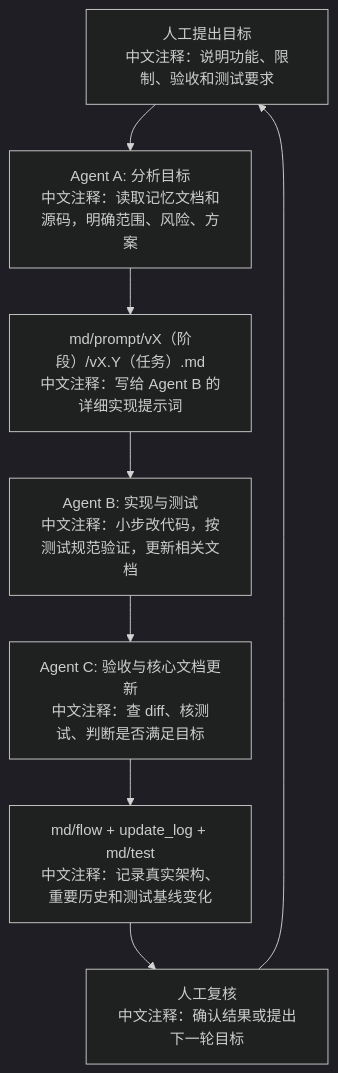
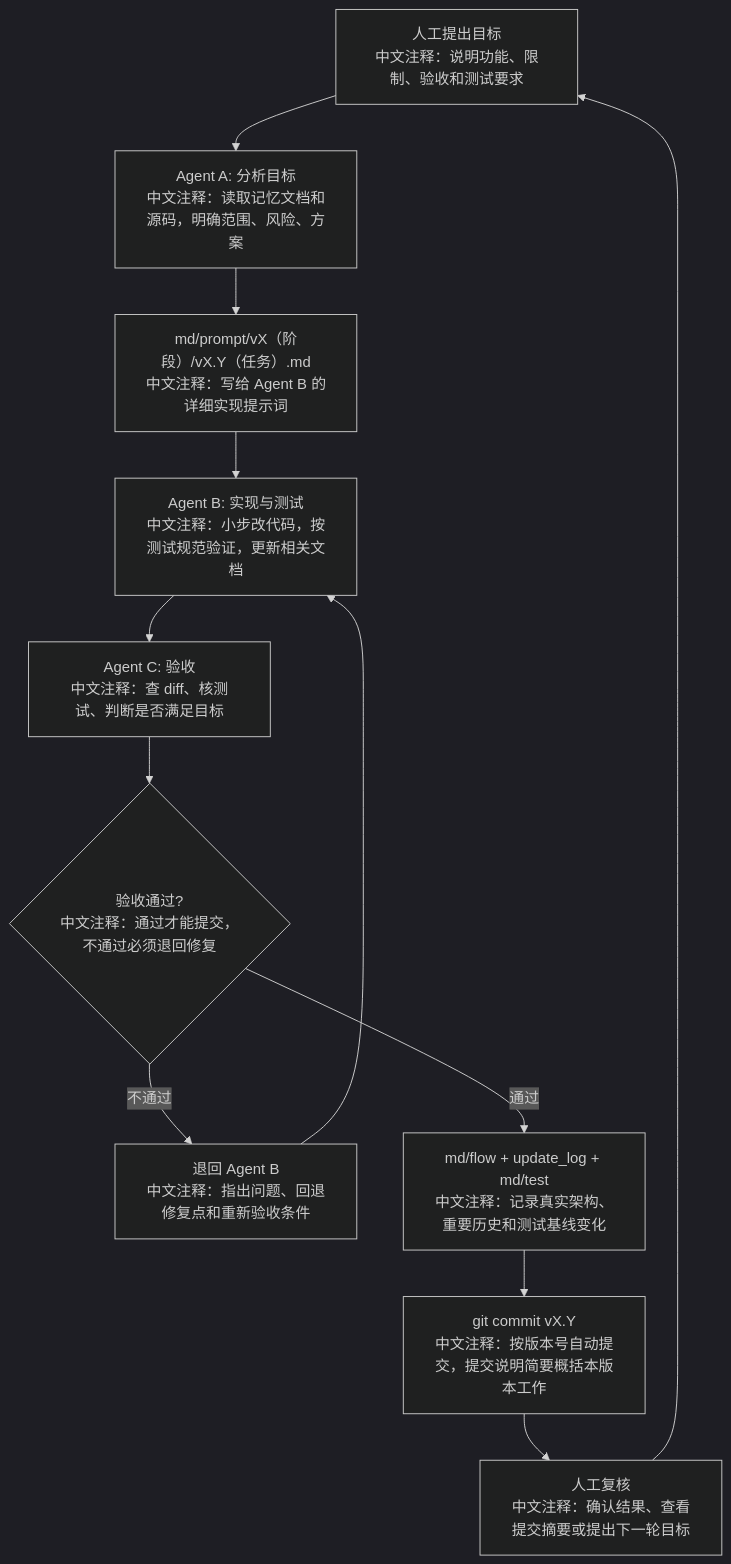
The third of 3 diagrams in md/flow/flowchart.md (Altman-sam114/120), drawn with Mermaid (dark theme) before and after one commit. The commit also changed other lines of this file and 3 other files, not shown here.

````diff
--- a/md/flow/flowchart.md
+++ b/md/flow/flowchart.md
@@ -52,10 +52,14 @@
 ```mermaid
 flowchart TD
   H["人工提出目标<br/>中文注释：说明功能、限制、验收和测试要求"] --> A1["Agent A: 分析目标<br/>中文注释：读取记忆文档和源码，明确范围、风险、方案"]
   A1 --> P["md/prompt/vX（阶段）/vX.Y（任务）.md<br/>中文注释：写给 Agent B 的详细实现提示词"]
   P --> B1["Agent B: 实现与测试<br/>中文注释：小步改代码，按测试规范验证，更新相关文档"]
-  B1 --> C1["Agent C: 验收与核心文档更新<br/>中文注释：查 diff、核测试、判断是否满足目标"]
-  C1 --> F["md/flow + update_log + md/test<br/>中文注释：记录真实架构、重要历史和测试基线变化"]
-  F --> H2["人工复核<br/>中文注释：确认结果或提出下一轮目标"]
+  B1 --> C1["Agent C: 验收<br/>中文注释：查 diff、核测试、判断是否满足目标"]
+  C1 --> D1{"验收通过?<br/>中文注释：通过才能提交，不通过必须退回修复"}
+  D1 -- "不通过" --> B2["退回 Agent B<br/>中文注释：指出问题、回退修复点和重新验收条件"]
+  B2 --> B1
+  D1 -- "通过" --> F["md/flow + update_log + md/test<br/>中文注释：记录真实架构、重要历史和测试基线变化"]
+  F --> G["git commit vX.Y<br/>中文注释：按版本号自动提交，提交说明简要概括本版本工作"]
+  G --> H2["人工复核<br/>中文注释：确认结果、查看提交摘要或提出下一轮目标"]
   H2 --> H
 ```
````
